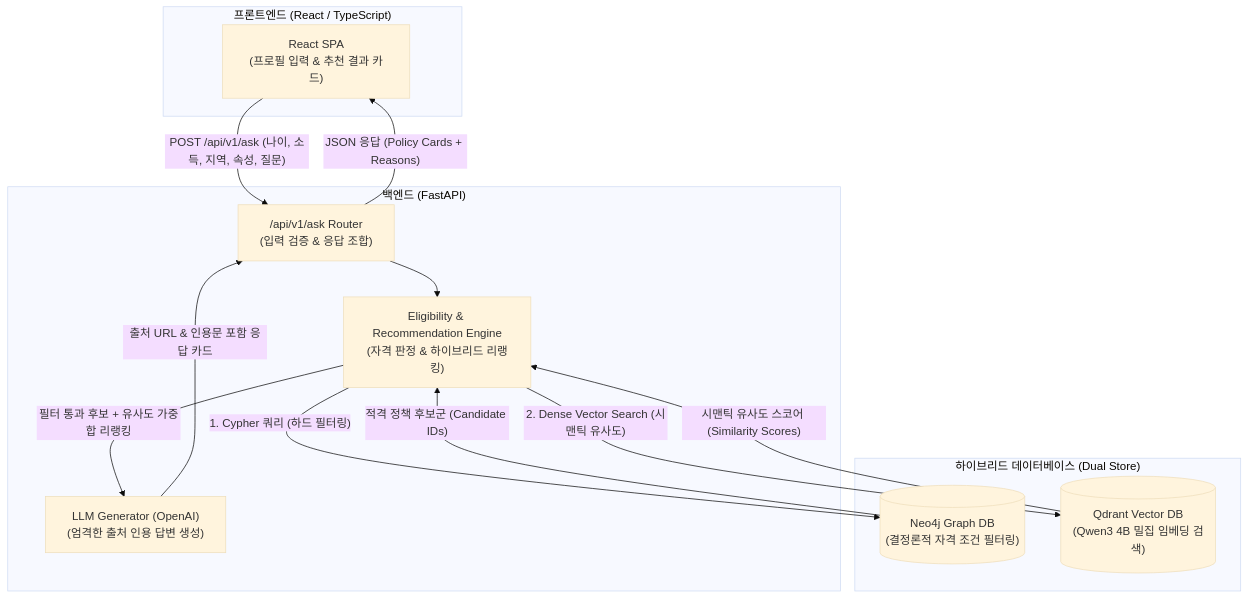
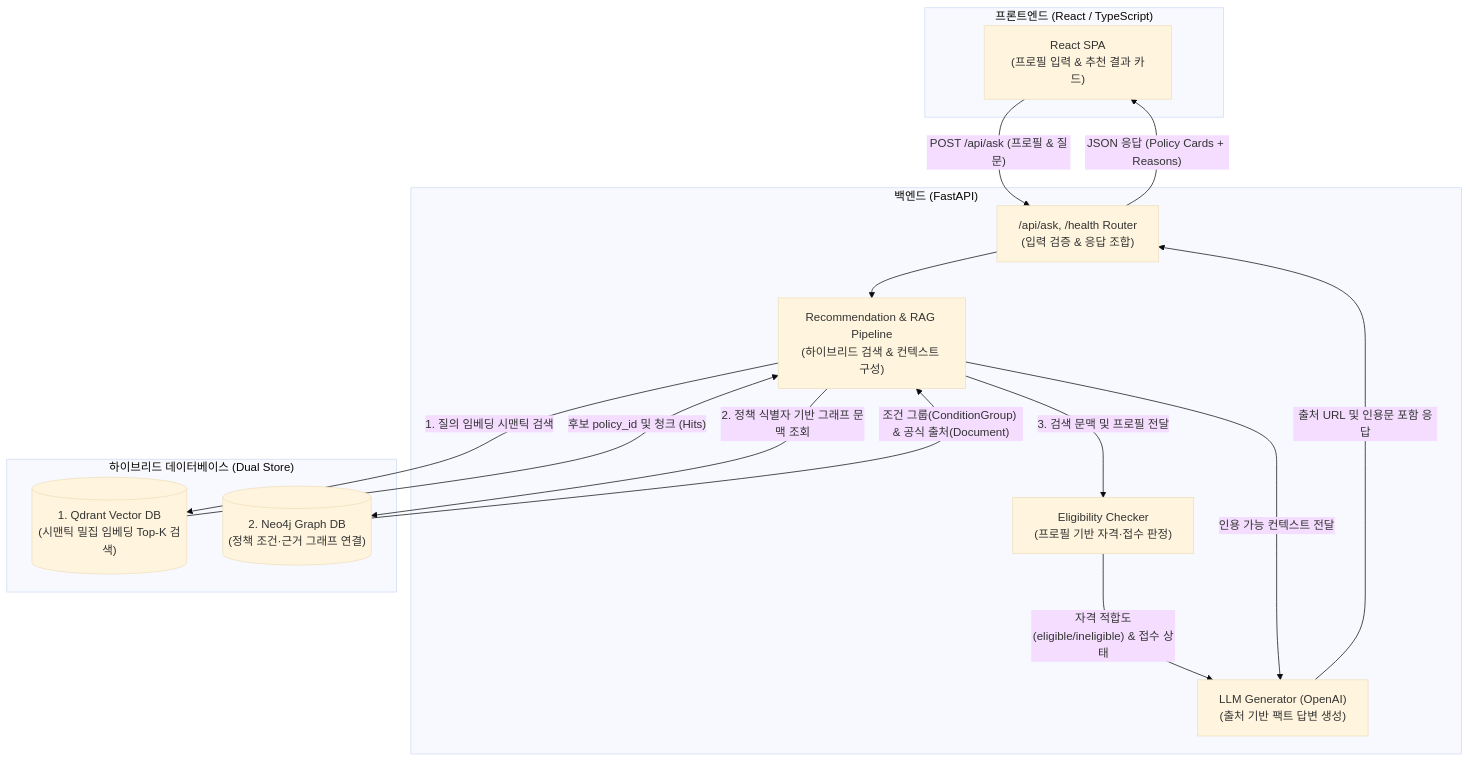
One commit to SKNETWORKS-FAMILY-AICAMP/SKN36-3rd-1Team changed the diagram in docs/architecture/README.md. Above: the diagram before and after it, drawn with Mermaid (base theme). The commit also changed other lines of this file and 4 other files, not shown here.

Commit message:
docs(#88): address review feedback on architecture, mois API, experiments, and retrieval eval

````diff
--- a/docs/architecture/README.md
+++ b/docs/architecture/README.md
@@ -13,27 +13,30 @@
 ```mermaid
 flowchart TD
     subgraph Client ["프론트엔드 (React / TypeScript)"]
         UI["React SPA<br/>(프로필 입력 & 추천 결과 카드)"]
     end
 
     subgraph Server ["백엔드 (FastAPI)"]
-        API["/api/v1/ask Router<br/>(입력 검증 & 응답 조합)"]
-        ENGINE["Eligibility & Recommendation Engine<br/>(자격 판정 & 하이브리드 리랭킹)"]
-        LLM["LLM Generator (OpenAI)<br/>(엄격한 출처 인용 답변 생성)"]
+        API["/api/ask, /health Router<br/>(입력 검증 & 응답 조합)"]
+        ENGINE["Recommendation & RAG Pipeline<br/>(하이브리드 검색 & 컨텍스트 구성)"]
+        CHECKER["Eligibility Checker<br/>(프로필 기반 자격·접수 판정)"]
+        LLM["LLM Generator (OpenAI)<br/>(출처 기반 팩트 답변 생성)"]
     end
 
     subgraph DataStore ["하이브리드 데이터베이스 (Dual Store)"]
-        NEO4J[("Neo4j Graph DB<br/>(결정론적 자격 조건 필터링)")]
-        QDRANT[("Qdrant Vector DB<br/>(Qwen3 4B 밀집 임베딩 검색)")]
+        QDRANT[("1. Qdrant Vector DB<br/>(시맨틱 밀집 임베딩 Top-K 검색)")]
+        NEO4J[("2. Neo4j Graph DB<br/>(정책 조건·근거 그래프 연결)")]
     end
 
-    UI -->|"POST /api/v1/ask (나이, 소득, 지역, 속성, 질문)"| API
+    UI -->|"POST /api/ask (프로필 & 질문)"| API
     API --> ENGINE
-    ENGINE -->|"1. Cypher 쿼리 (하드 필터링)"| NEO4J
-    ENGINE -->|"2. Dense Vector Search (시맨틱 유사도)"| QDRANT
-    NEO4J -->|"적격 정책 후보군 (Candidate IDs)"| ENGINE
-    QDRANT -->|"시맨틱 유사도 스코어 (Similarity Scores)"| ENGINE
-    ENGINE -->|"필터 통과 후보 + 유사도 가중합 리랭킹"| LLM
-    LLM -->|"출처 URL & 인용문 포함 응답 카드"| API
+    ENGINE -->|"1. 질의 임베딩 시맨틱 검색"| QDRANT
+    QDRANT -->|"후보 policy_id 및 청크 (Hits)"| ENGINE
+    ENGINE -->|"2. 정책 식별자 기반 그래프 문맥 조회"| NEO4J
+    NEO4J -->|"조건 그룹(ConditionGroup) & 공식 출처(Document)"| ENGINE
+    ENGINE -->|"3. 검색 문맥 및 프로필 전달"| CHECKER
+    CHECKER -->|"자격 적합도(eligible/ineligible) & 접수 상태"| LLM
+    ENGINE -->|"인용 가능 컨텍스트 전달"| LLM
+    LLM -->|"출처 URL 및 인용문 포함 응답"| API
     API -->|"JSON 응답 (Policy Cards + Reasons)"| UI
 ```
````
